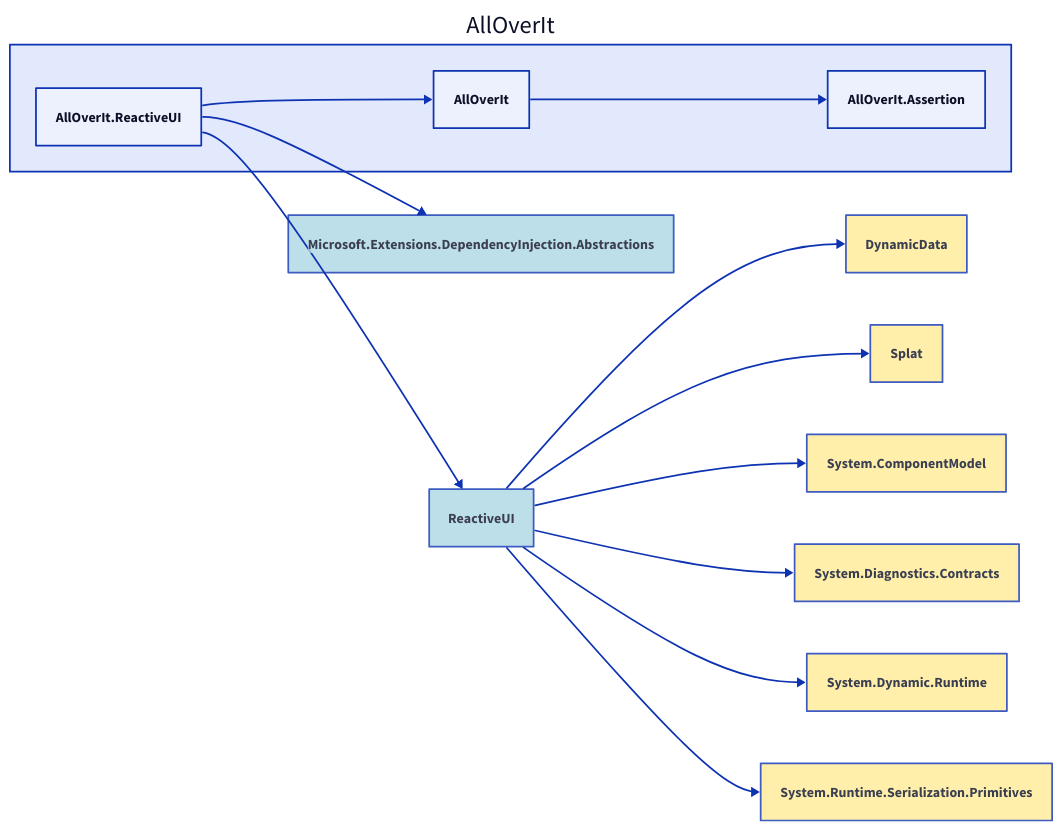
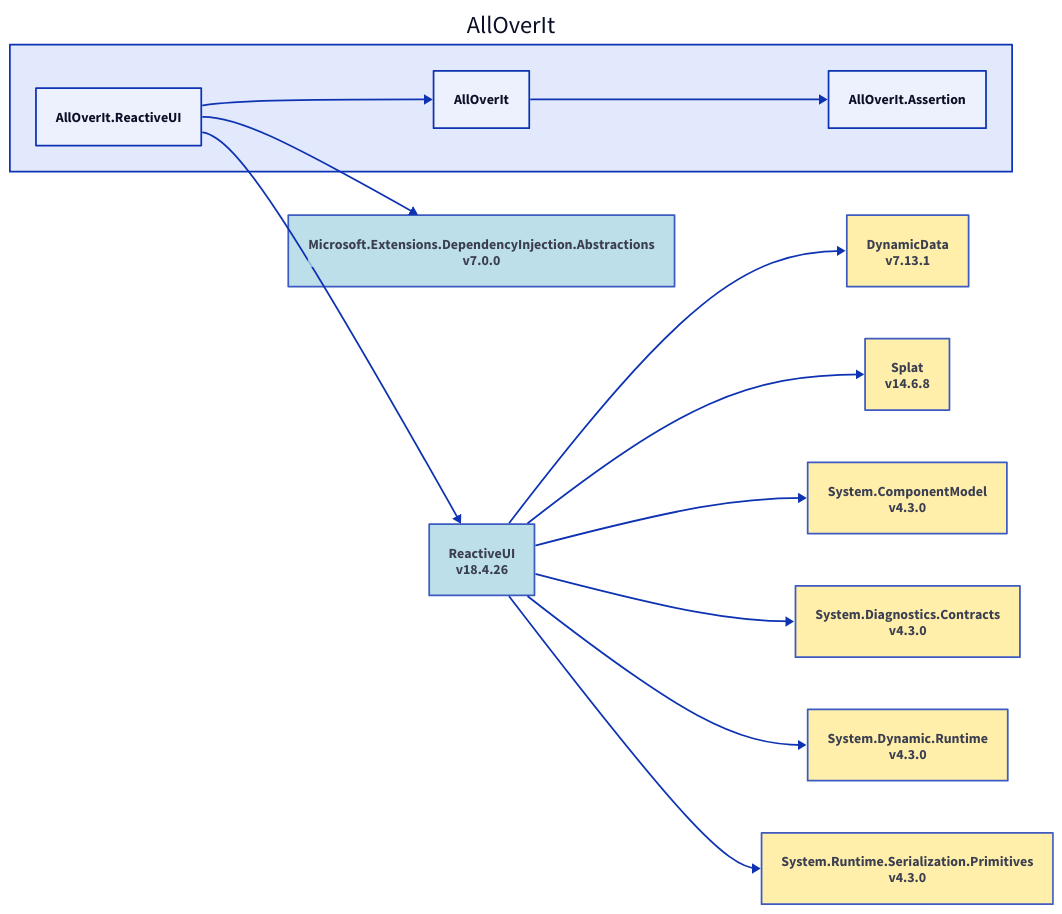
One commit to nickathone/AllOverIt changed the diagram in Docs/Dependencies/alloverit-reactiveui.d2. Above: the diagram before and after it, drawn with D2. The commit also changed 62 other files, not shown here.

```diff
--- a/Docs/Dependencies/alloverit-reactiveui.d2
+++ b/Docs/Dependencies/alloverit-reactiveui.d2
@@ -1,40 +1,40 @@
 direction: right
 
 aoi: AllOverIt
 aoi.alloverit-reactiveui: AllOverIt.ReactiveUI
-microsoft-extensions-dependencyinjection-abstractions: Microsoft.Extensions.DependencyInjection.Abstractions
-microsoft-extensions-dependencyinjection-abstractions.style.fill: "#ADD8E6"
-microsoft-extensions-dependencyinjection-abstractions.style.opacity: 0.8
-microsoft-extensions-dependencyinjection-abstractions <- aoi.alloverit-reactiveui
-reactiveui: ReactiveUI
-reactiveui.style.fill: "#ADD8E6"
-reactiveui.style.opacity: 0.8
-dynamicdata: DynamicData
-dynamicdata.style.fill: "#FFEC96"
-dynamicdata.style.opacity: 0.8
-dynamicdata <- reactiveui
-splat: Splat
-splat.style.fill: "#FFEC96"
-splat.style.opacity: 0.8
-splat <- reactiveui
-system-componentmodel: System.ComponentModel
-system-componentmodel.style.fill: "#FFEC96"
-system-componentmodel.style.opacity: 0.8
-system-componentmodel <- reactiveui
-system-diagnostics-contracts: System.Diagnostics.Contracts
-system-diagnostics-contracts.style.fill: "#FFEC96"
-system-diagnostics-contracts.style.opacity: 0.8
-system-diagnostics-contracts <- reactiveui
-system-dynamic-runtime: System.Dynamic.Runtime
-system-dynamic-runtime.style.fill: "#FFEC96"
-system-dynamic-runtime.style.opacity: 0.8
-system-dynamic-runtime <- reactiveui
-system-runtime-serialization-primitives: System.Runtime.Serialization.Primitives
-system-runtime-serialization-primitives.style.fill: "#FFEC96"
-system-runtime-serialization-primitives.style.opacity: 0.8
-system-runtime-serialization-primitives <- reactiveui
-reactiveui <- aoi.alloverit-reactiveui
+microsoft-extensions-dependencyinjection-abstractions_7-0-0: Microsoft.Extensions.DependencyInjection.Abstractions\nv7.0.0
+microsoft-extensions-dependencyinjection-abstractions_7-0-0.style.fill: "#ADD8E6"
+microsoft-extensions-dependencyinjection-abstractions_7-0-0.style.opacity: 0.8
+microsoft-extensions-dependencyinjection-abstractions_7-0-0 <- aoi.alloverit-reactiveui
+reactiveui_18-4-26: ReactiveUI\nv18.4.26
+reactiveui_18-4-26.style.fill: "#ADD8E6"
+reactiveui_18-4-26.style.opacity: 0.8
+dynamicdata_7-13-1: DynamicData\nv7.13.1
+dynamicdata_7-13-1.style.fill: "#FFEC96"
+dynamicdata_7-13-1.style.opacity: 0.8
+dynamicdata_7-13-1 <- reactiveui_18-4-26
+splat_14-6-8: Splat\nv14.6.8
+splat_14-6-8.style.fill: "#FFEC96"
+splat_14-6-8.style.opacity: 0.8
+splat_14-6-8 <- reactiveui_18-4-26
+system-componentmodel_4-3-0: System.ComponentModel\nv4.3.0
+system-componentmodel_4-3-0.style.fill: "#FFEC96"
+system-componentmodel_4-3-0.style.opacity: 0.8
+system-componentmodel_4-3-0 <- reactiveui_18-4-26
+system-diagnostics-contracts_4-3-0: System.Diagnostics.Contracts\nv4.3.0
+system-diagnostics-contracts_4-3-0.style.fill: "#FFEC96"
+system-diagnostics-contracts_4-3-0.style.opacity: 0.8
+system-diagnostics-contracts_4-3-0 <- reactiveui_18-4-26
+system-dynamic-runtime_4-3-0: System.Dynamic.Runtime\nv4.3.0
+system-dynamic-runtime_4-3-0.style.fill: "#FFEC96"
+system-dynamic-runtime_4-3-0.style.opacity: 0.8
+system-dynamic-runtime_4-3-0 <- reactiveui_18-4-26
+system-runtime-serialization-primitives_4-3-0: System.Runtime.Serialization.Primitives\nv4.3.0
+system-runtime-serialization-primitives_4-3-0.style.fill: "#FFEC96"
+system-runtime-serialization-primitives_4-3-0.style.opacity: 0.8
+system-runtime-serialization-primitives_4-3-0 <- reactiveui_18-4-26
+reactiveui_18-4-26 <- aoi.alloverit-reactiveui
 aoi.alloverit: AllOverIt
 aoi.alloverit-assertion: AllOverIt.Assertion
 aoi.alloverit-assertion <- aoi.alloverit
 aoi.alloverit <- aoi.alloverit-reactiveui
```
